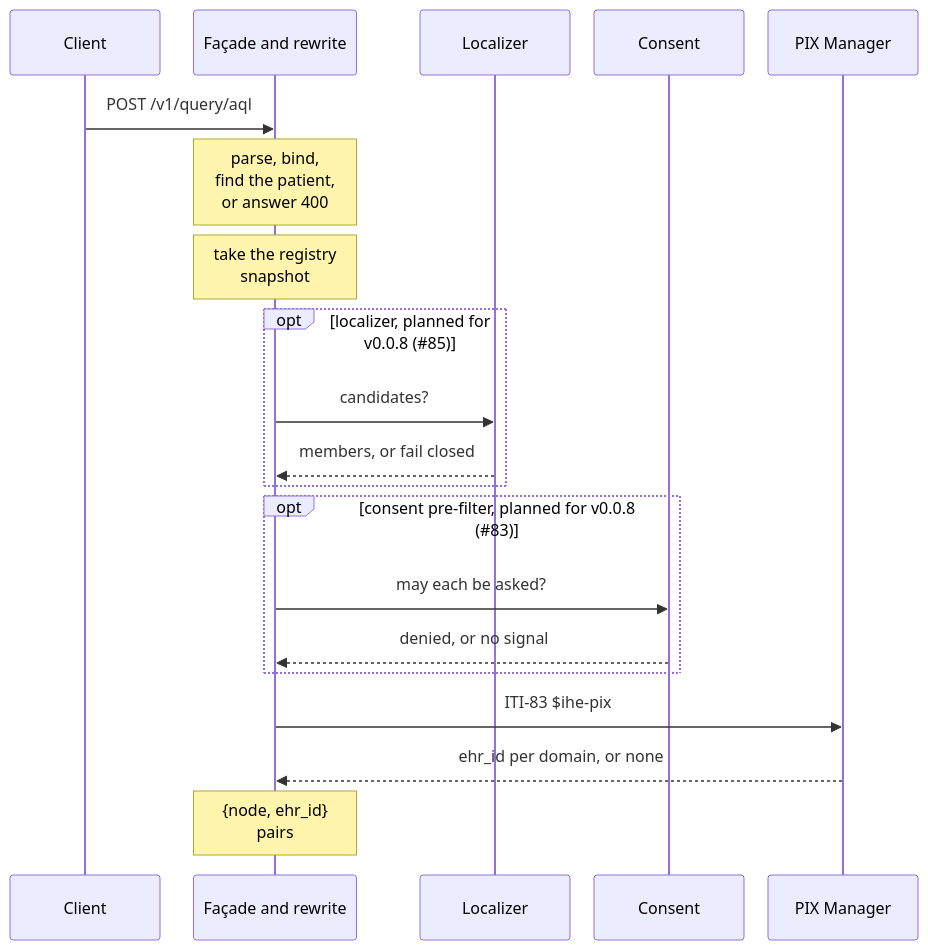
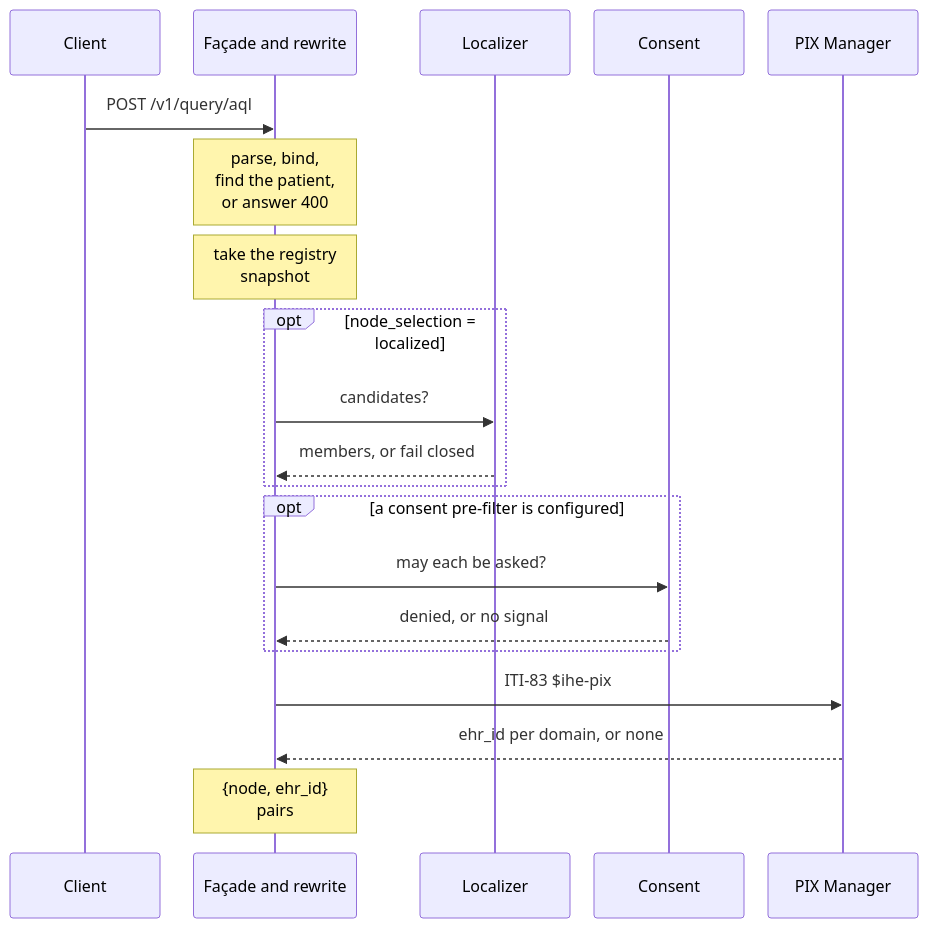
One commit to FerroHEALTH/FerroFED changed the first of 5 diagrams in website/book/src/how-it-works/federated-query.md. Above: the diagram before and after it, drawn with Mermaid. The commit also changed other lines of this file and 2 other files, not shown here.

Commit message:
docs(book): draw the localizer and the consent pre-filter as built (#395)

````diff
--- a/website/book/src/how-it-works/federated-query.md
+++ b/website/book/src/how-it-works/federated-query.md
@@ -23,23 +24,23 @@
 ```mermaid
 %%{init: {"sequence": {"actorMargin": 24}}}%%
 sequenceDiagram
     participant C as Client
     participant F as Façade and rewrite
     participant L as Localizer
     participant P as Consent
     participant X as PIX Manager
     C->>F: POST /v1/query/aql
     Note over F: parse, bind,<br/>find the patient,<br/>or answer 400
     Note over F: take the registry<br/>snapshot
-    opt localizer, planned for v0.0.8 (#35;85)
+    opt node_selection = localized
         F->>L: candidates?
         L-->>F: members, or fail closed
     end
-    opt consent pre-filter, planned for v0.0.8 (#35;83)
+    opt a consent pre-filter is configured
         F->>P: may each be asked?
         P-->>F: denied, or no signal
     end
     F->>X: ITI-83 $ihe-pix
     X-->>F: ehr_id per domain, or none
     Note over F: {node, ehr_id}<br/>pairs
 ```
````
